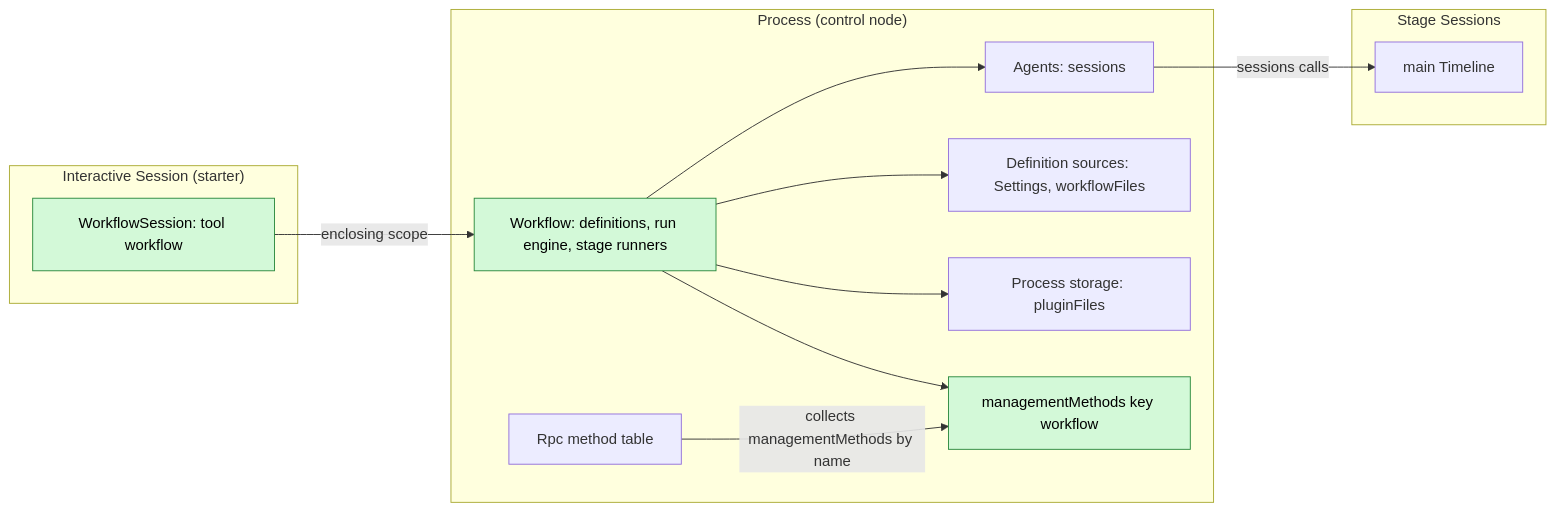
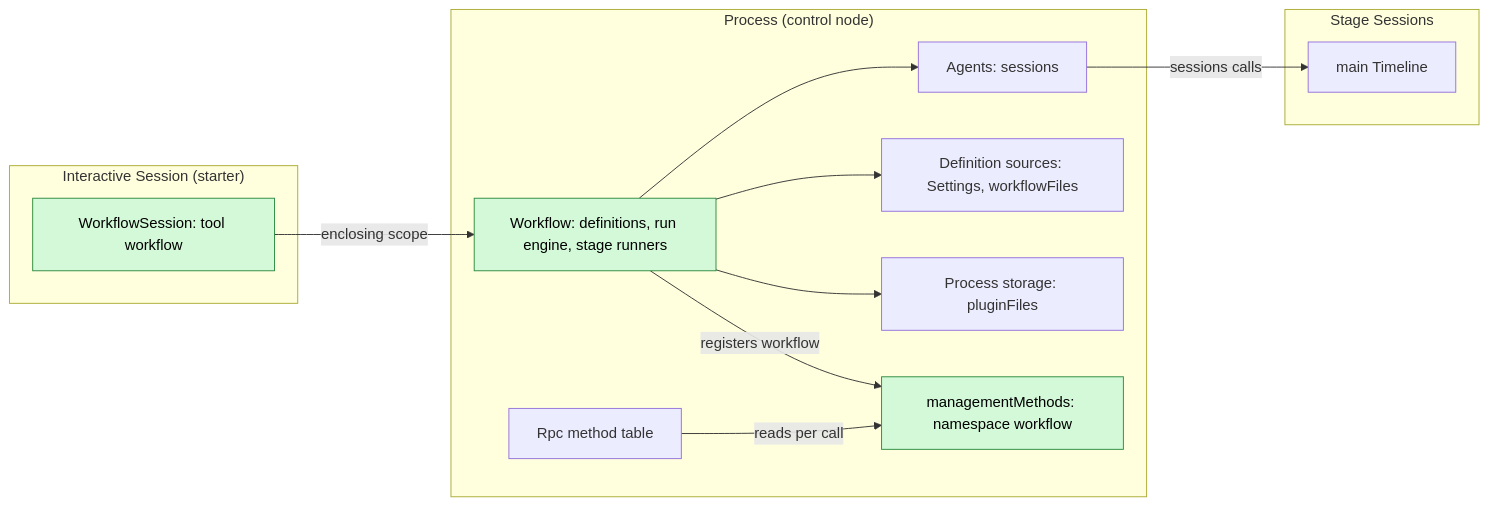
The first of 6 diagrams in docs/design/plugins/Workflow.md (CoutinhoTTS/dim-agent), drawn with Mermaid before and after one commit. The commit also changed other lines of this file and 163 other files, not shown here.

````diff
--- a/docs/design/plugins/Workflow.md
+++ b/docs/design/plugins/Workflow.md
@@ -13,26 +13,26 @@
 ```mermaid
 flowchart LR
   subgraph PROC["Process (control node)"]
     WF["Workflow: definitions, run engine, stage runners"]
-    MM["managementMethods key workflow"]
+    MM["managementMethods: namespace workflow"]
     Agents["Agents: sessions"]
     Set["Definition sources: Settings, workflowFiles"]
     Store["Process storage: pluginFiles"]
     Rpc["Rpc method table"]
   end
   subgraph SESS["Interactive Session (starter)"]
     Tool["WorkflowSession: tool workflow"]
   end
   subgraph STG["Stage Sessions"]
     TL["main Timeline"]
   end
   Tool -->|"enclosing scope"| WF
   WF --> Agents
   WF --> Set
   WF --> Store
-  WF --> MM
-  Rpc -->|"collects managementMethods by name"| MM
+  WF -->|"registers workflow"| MM
+  Rpc -->|"reads per call"| MM
   Agents -->|"sessions calls"| TL
   classDef new fill:#d3f9d8,stroke:#2b8a3e,color:#000
   class WF,MM,Tool new
 ```
````
